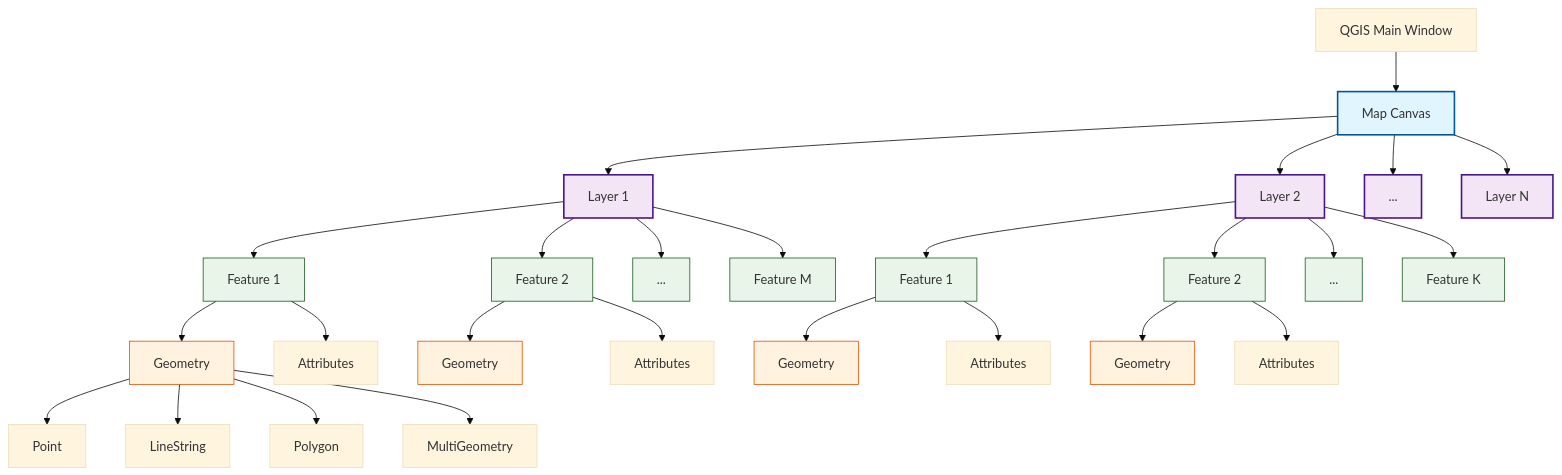
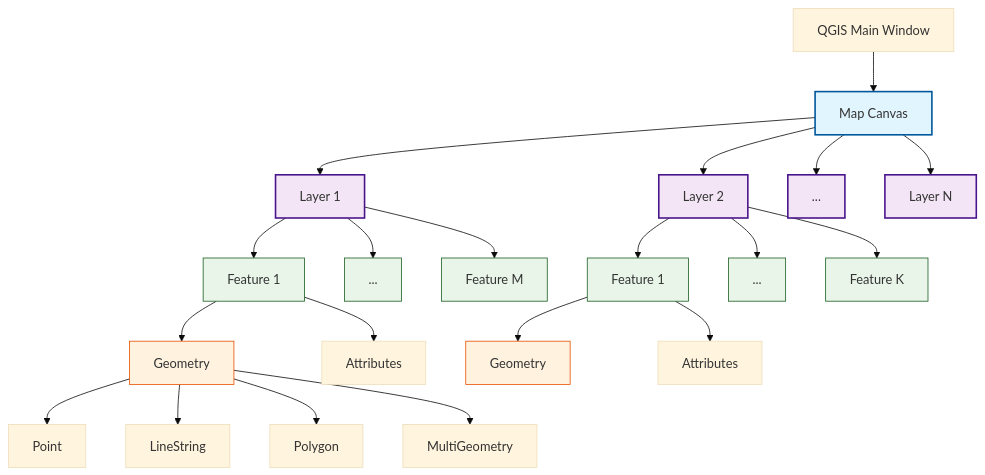
One commit to c101088/c101088.github.io changed the diagram in source/_posts/QGIS二次开发(2)-入门.md. Above: the diagram before and after it, drawn with Mermaid (base theme). The commit also changed other lines of this file and 1 other file, not shown here.

````diff
--- a/source/_posts/QGIS二次开发(2)-入门.md
+++ b/source/_posts/QGIS二次开发(2)-入门.md
@@ -47,47 +47,40 @@
 ```mermaid
 graph TD
     A[QGIS Main Window] --> B[Map Canvas]
     
     B --> C[Layer 1]
     B --> D[Layer 2]
     B --> E[...]
     B --> F[Layer N]
     
     C --> C1[Feature 1]
-    C --> C2[Feature 2]
     C --> C3[...]
     C --> C4[Feature M]
     
     D --> D1[Feature 1]
-    D --> D2[Feature 2]
     D --> D3[...]
     D --> D4[Feature K]
     
     C1 --> C1a[Geometry]
     C1 --> C1b[Attributes]
     
-    C2 --> C2a[Geometry]
-    C2 --> C2b[Attributes]
     
     D1 --> D1a[Geometry]
     D1 --> D1b[Attributes]
-    
-    D2 --> D2a[Geometry]
-    D2 --> D2b[Attributes]
     
     C1a --> C1a1[Point]
     C1a --> C1a2[LineString]
     C1a --> C1a3[Polygon]
     C1a --> C1a4[MultiGeometry]
     
     %% 样式定义
     classDef canvas fill:#e1f5fe,stroke:#01579b,stroke-width:2px
     classDef layer fill:#f3e5f5,stroke:#4a148c,stroke-width:2px
     classDef feature fill:#e8f5e8,stroke:#1b5e20,stroke-width:1px
     classDef geometry fill:#fff3e0,stroke:#e65100,stroke-width:1px
     
     class B canvas
     class C,D,E,F layer
     class C1,C2,C3,C4,D1,D2,D3,D4 feature
     class C1a,C2a,D1a,D2a geometry
 ```
````
